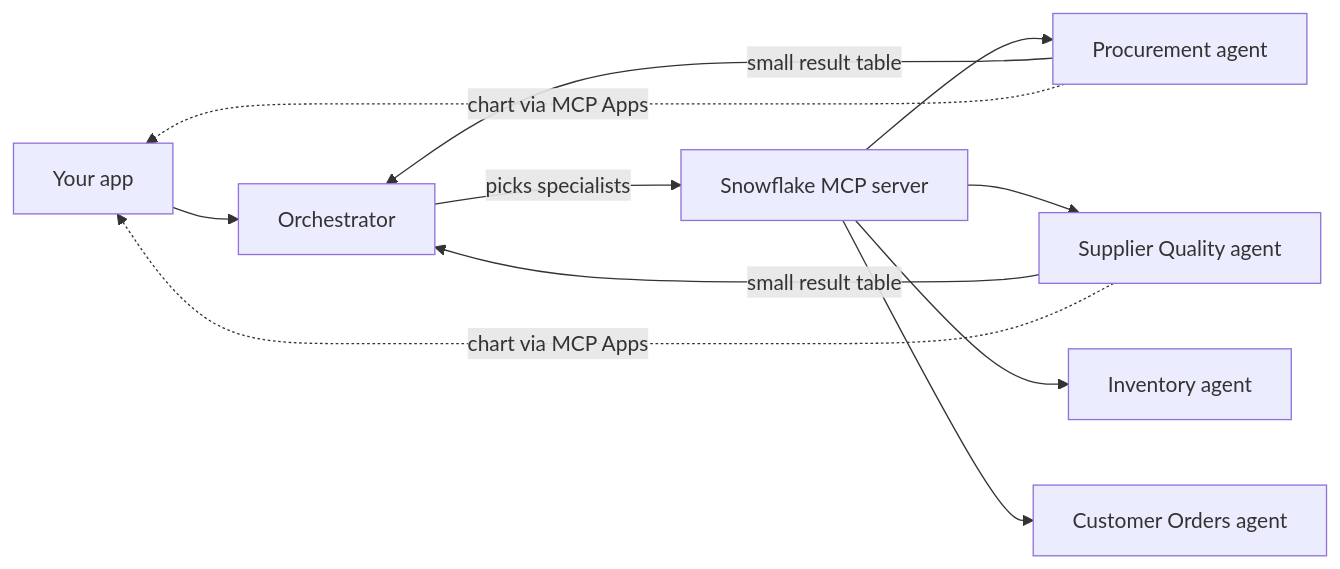
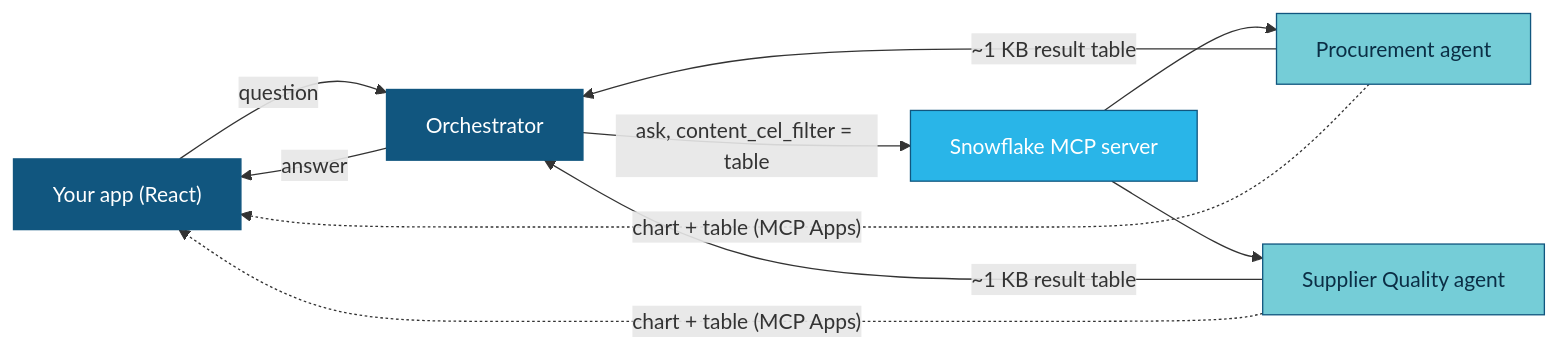
One commit to sfc-gh-hmassa/Haley_Demos changed the second of 3 diagrams in Multi_Agent_RBAC_Demo/README.md. Above: the diagram before and after it, drawn with Mermaid. The commit also changed other lines of this file and 10 other files, not shown here.

Commit message:
One-command deploy, in-app before/after scoreboard, metrics.sql with billed credits, diagrams

````diff
--- a/Multi_Agent_RBAC_Demo/README.md
+++ b/Multi_Agent_RBAC_Demo/README.md
@@ -41,13 +47,17 @@
 ```mermaid
 flowchart LR
-    App[Your app] --> O[Orchestrator]
-    O -->|picks specialists| M[Snowflake MCP server]
-    M --> P[Procurement agent]
-    M --> Q[Supplier Quality agent]
-    M --> I[Inventory agent]
-    M --> C[Customer Orders agent]
-    P -->|small result table| O
-    Q -->|small result table| O
-    P -.->|chart via MCP Apps| App
-    Q -.->|chart via MCP Apps| App
+    App["Your app (React)"] -->|question| O[Orchestrator]
+    O -->|"ask, content_cel_filter = table"| MCP["Snowflake MCP server"]
+    MCP --> P[Procurement agent]
+    MCP --> Q[Supplier Quality agent]
+    P -->|"~1 KB result table"| O
+    Q -->|"~1 KB result table"| O
+    O -->|answer| App
+    P -.->|"chart + table (MCP Apps)"| App
+    Q -.->|"chart + table (MCP Apps)"| App
+    style P fill:#75CDD7,stroke:#11567F,color:#0B2E45
+    style Q fill:#75CDD7,stroke:#11567F,color:#0B2E45
+    style MCP fill:#29B5E8,stroke:#11567F,color:#fff
+    style O fill:#11567F,stroke:#11567F,color:#fff
+    style App fill:#11567F,stroke:#11567F,color:#fff
 ```
````
